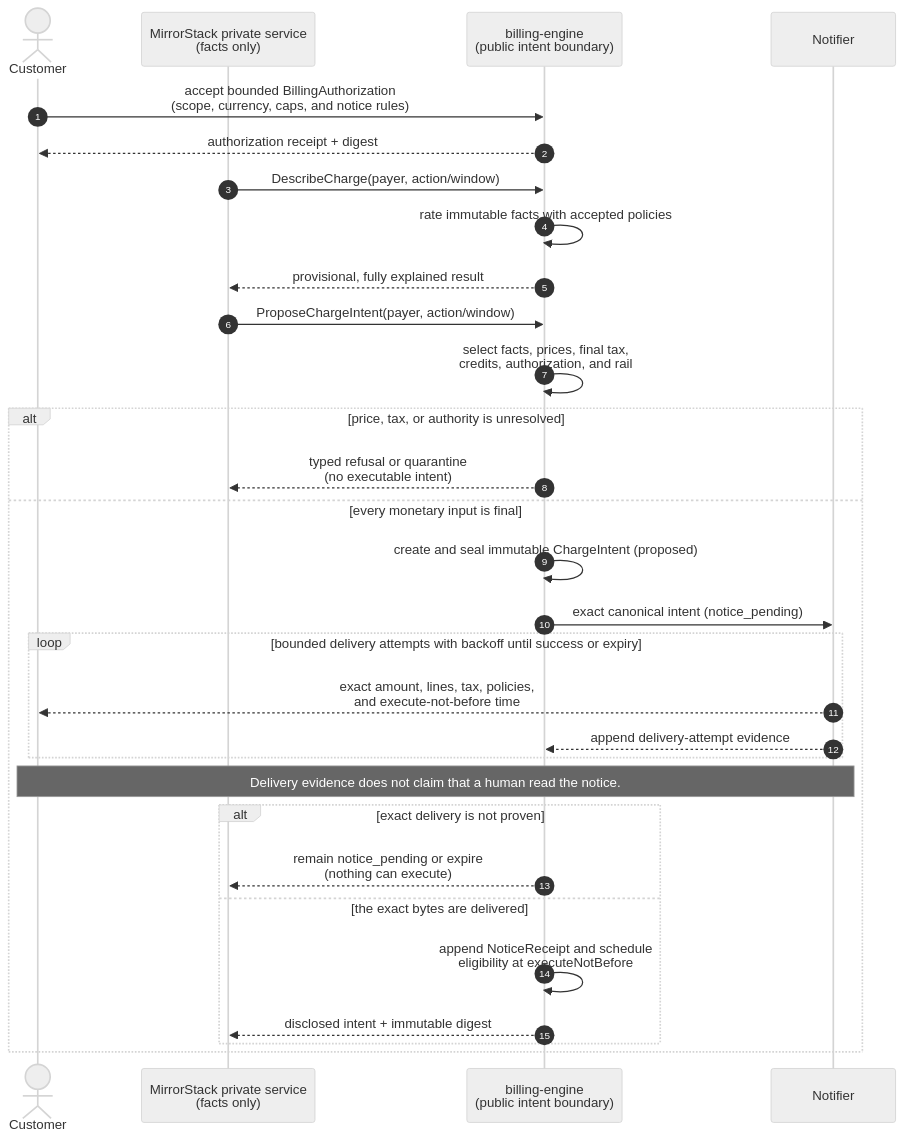
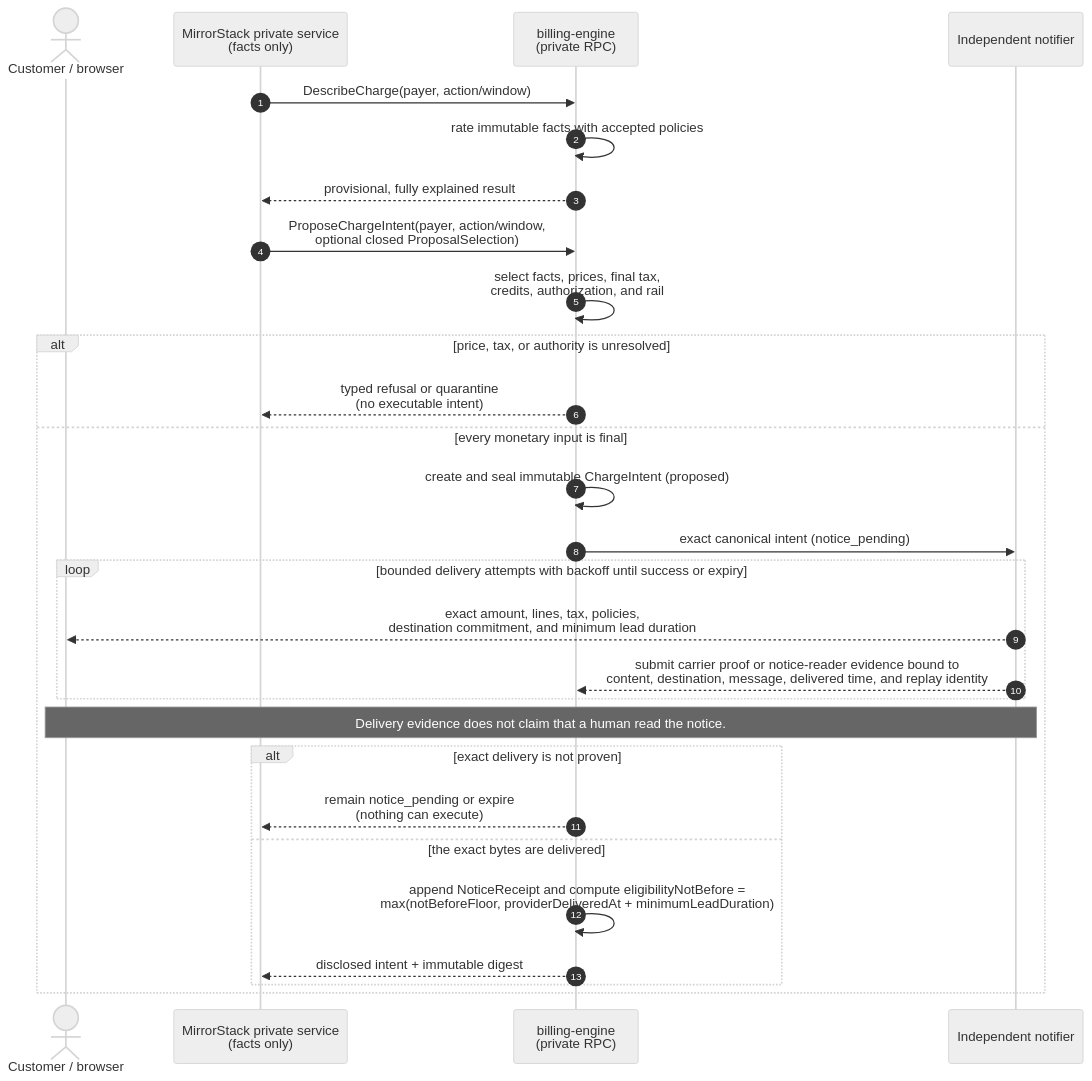
One commit to mirrorstack-ai/billing-engine changed the fourth of 9 diagrams in docs/DESIGN.md. Above: the diagram before and after it, drawn with Mermaid (neutral theme). The commit also changed other lines of this file and 8 other files, not shown here.

Commit message:
docs: harden intent-only billing architecture

````diff
--- a/docs/DESIGN.md
+++ b/docs/DESIGN.md
@@ -331,35 +1511,33 @@
 ```mermaid
 sequenceDiagram
     autonumber
-    actor Customer
+    actor Customer as Customer / browser
     participant Caller as MirrorStack private service<br/>(facts only)
-    participant Engine as billing-engine<br/>(public intent boundary)
-    participant Notice as Notifier
+    participant Engine as billing-engine<br/>(private RPC)
+    participant Notice as Independent notifier
 
-    Customer->>Engine: accept bounded BillingAuthorization<br/>(scope, currency, caps, and notice rules)
-    Engine-->>Customer: authorization receipt + digest
     Caller->>Engine: DescribeCharge(payer, action/window)
     Engine->>Engine: rate immutable facts with accepted policies
     Engine-->>Caller: provisional, fully explained result
 
-    Caller->>Engine: ProposeChargeIntent(payer, action/window)
+    Caller->>Engine: ProposeChargeIntent(payer, action/window,<br/>optional closed ProposalSelection)
     Engine->>Engine: select facts, prices, final tax,<br/>credits, authorization, and rail
     alt price, tax, or authority is unresolved
         Engine-->>Caller: typed refusal or quarantine<br/>(no executable intent)
     else every monetary input is final
         Engine->>Engine: create and seal immutable ChargeIntent (proposed)
         Engine->>Notice: exact canonical intent (notice_pending)
         loop bounded delivery attempts with backoff until success or expiry
-            Notice-->>Customer: exact amount, lines, tax, policies,<br/>and execute-not-before time
-            Notice-->>Engine: append delivery-attempt evidence
+            Notice-->>Customer: exact amount, lines, tax, policies,<br/>destination commitment, and minimum lead duration
+            Notice-->>Engine: submit carrier proof or notice-reader evidence bound to<br/>content, destination, message, delivered time, and replay identity
         end
 
         Note over Customer,Notice: Delivery evidence does not claim that a human read the notice.
         alt exact delivery is not proven
             Engine-->>Caller: remain notice_pending or expire<br/>(nothing can execute)
         else the exact bytes are delivered
-            Engine->>Engine: append NoticeReceipt and schedule<br/>eligibility at executeNotBefore
+            Engine->>Engine: append NoticeReceipt and compute eligibilityNotBefore =<br/>max(notBeforeFloor, providerDeliveredAt + minimumLeadDuration)
             Engine-->>Caller: disclosed intent + immutable digest
         end
     end
 ```
````
